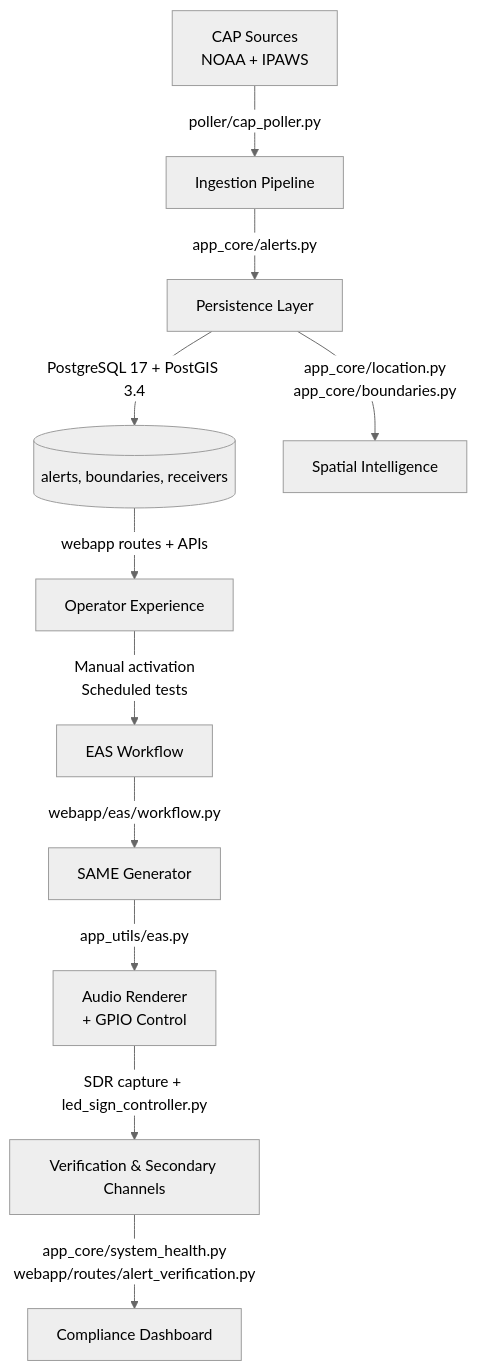
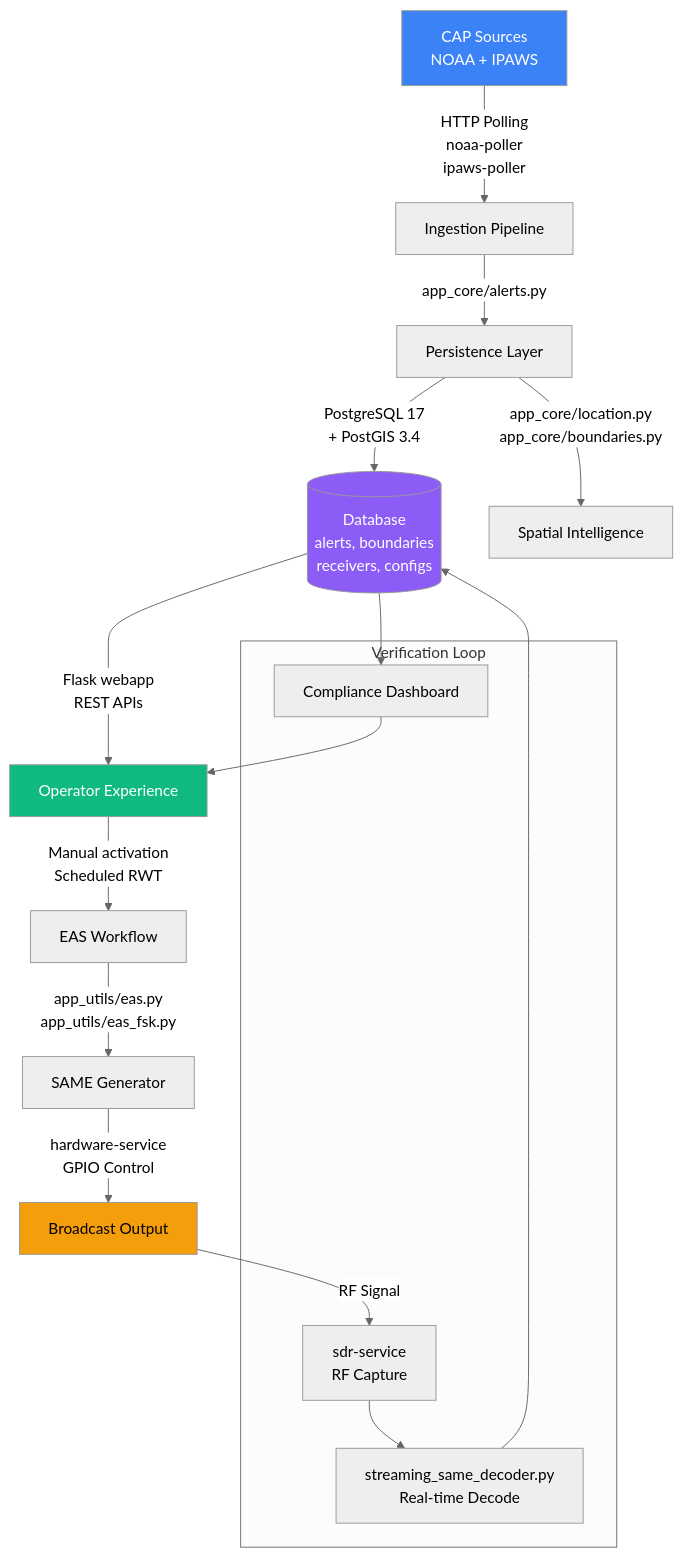
One commit to KR8MER/eas-station changed the second of 2 diagrams in docs/architecture/THEORY_OF_OPERATION.md. Above: the diagram before and after it, drawn with Mermaid (neutral theme). The commit also changed other lines of this file and 3 other files, not shown here.

````diff
--- a/docs/architecture/THEORY_OF_OPERATION.md
+++ b/docs/architecture/THEORY_OF_OPERATION.md
@@ -7,13 +97,28 @@
 ```mermaid
 flowchart TD
-    A[CAP Sources\nNOAA + IPAWS] -->|poller/cap_poller.py| B[Ingestion Pipeline]
+    A[CAP Sources<br/>NOAA + IPAWS] -->|HTTP Polling<br/>noaa-poller<br/>ipaws-poller| B[Ingestion Pipeline]
     B -->|app_core/alerts.py| C[Persistence Layer]
-    C -->|PostgreSQL 17 + PostGIS 3.4| D[(alerts, boundaries, receivers)]
-    C -->|app_core/location.py\napp_core/boundaries.py| E[Spatial Intelligence]
-    D -->|webapp routes + APIs| F[Operator Experience]
-    F -->|Manual activation\nScheduled tests| G[EAS Workflow]
-    G -->|webapp/eas/workflow.py| H[SAME Generator]
-    H -->|app_utils/eas.py| I[Audio Renderer\n+ GPIO Control]
-    I -->|SDR capture + led_sign_controller.py| J[Verification & Secondary Channels]
-    J -->|app_core/system_health.py\nwebapp/routes/alert_verification.py| K[Compliance Dashboard]
+    C -->|PostgreSQL 17<br/>+ PostGIS 3.4| D[(Database<br/>alerts, boundaries<br/>receivers, configs)]
+    C -->|app_core/location.py<br/>app_core/boundaries.py| E[Spatial Intelligence]
+    D -->|Flask webapp<br/>REST APIs| F[Operator Experience]
+    F -->|Manual activation<br/>Scheduled RWT| G[EAS Workflow]
+    G -->|app_utils/eas.py<br/>app_utils/eas_fsk.py| H[SAME Generator]
+    H -->|hardware-service<br/>GPIO Control| I[Broadcast Output]
+    
+    subgraph Verification["Verification Loop"]
+        J[sdr-service<br/>RF Capture]
+        K[streaming_same_decoder.py<br/>Real-time Decode]
+        L[Compliance Dashboard]
+    end
+    
+    I -->|RF Signal| J
+    J --> K
+    K --> D
+    D --> L
+    L --> F
+
+    style A fill:#3b82f6,color:#fff
+    style D fill:#8b5cf6,color:#fff
+    style F fill:#10b981,color:#fff
+    style I fill:#f59e0b,color:#000
 ```
````
